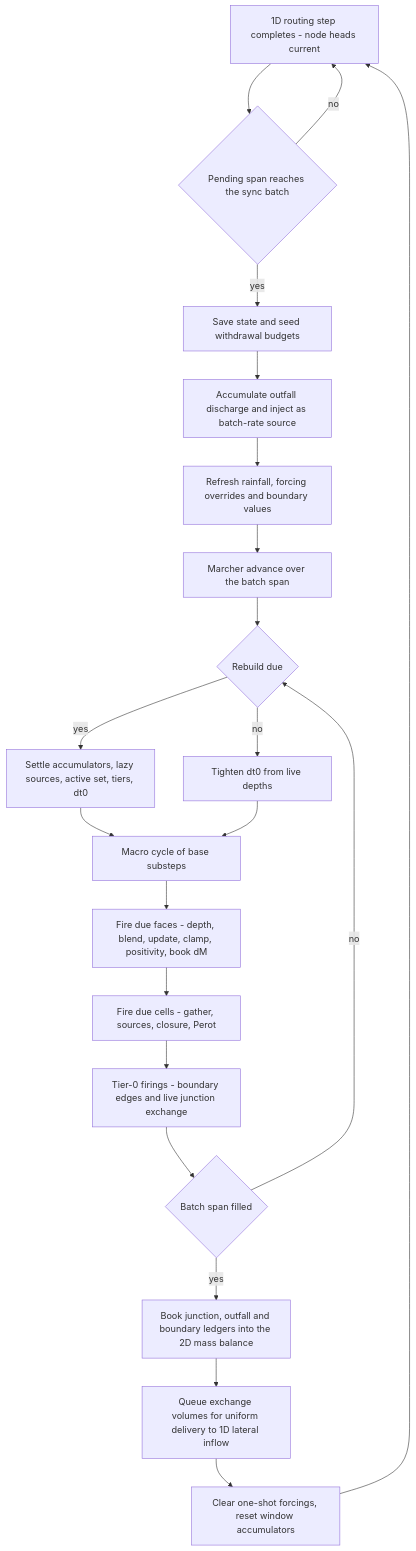
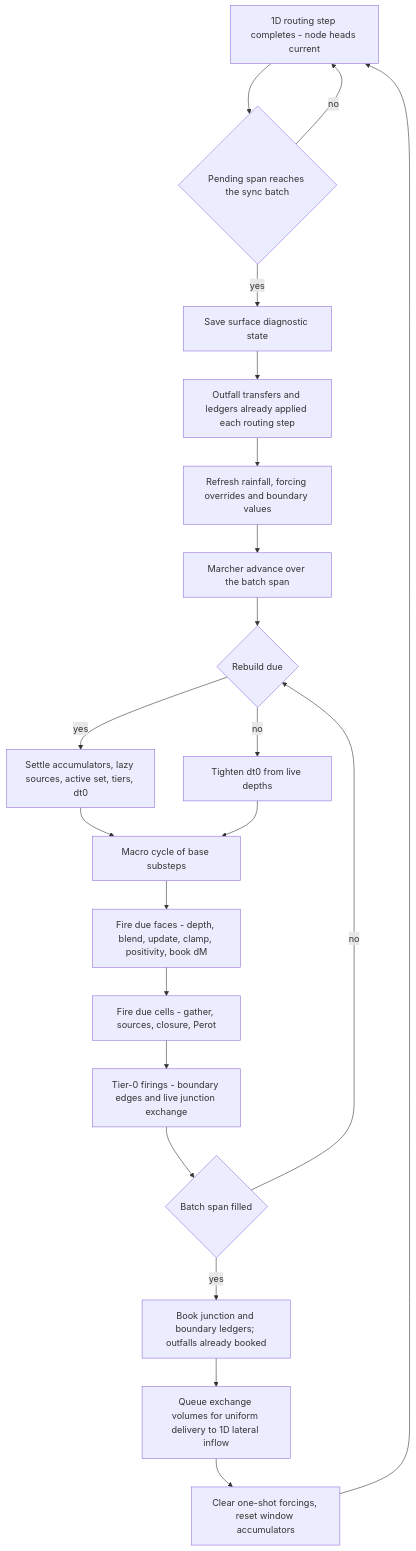
The diagram in docs/manuals/reference/hydraulics/sections/Chapter9-TwoDimensional.md (HydroCouple/openswmm.engine), drawn with Mermaid before and after one commit. The commit also changed other lines of this file and 39 other files, not shown here.

Commit message:
Bound surface outfall exchanges by reserved donor water

```diff
--- a/docs/manuals/reference/hydraulics/sections/Chapter9-TwoDimensional.md
+++ b/docs/manuals/reference/hydraulics/sections/Chapter9-TwoDimensional.md
@@ -1220,23 +1220,23 @@
 <pre class="mermaid">
 flowchart TD
     A[1D routing step completes - node heads current] --> B{Pending span reaches the sync batch}
     B -- no --> A
-    B -- yes --> C[Save state and seed withdrawal budgets]
-    C --> D[Accumulate outfall discharge and inject as batch-rate source]
+    B -- yes --> C[Save surface diagnostic state]
+    C --> D[Outfall transfers and ledgers already applied each routing step]
     D --> E[Refresh rainfall, forcing overrides and boundary values]
     E --> F[Marcher advance over the batch span]
     F --> G{Rebuild due}
     G -- yes --> H[Settle accumulators, lazy sources, active set, tiers, dt0]
     G -- no --> I[Tighten dt0 from live depths]
     H --> J[Macro cycle of base substeps]
     I --> J
     J --> K[Fire due faces - depth, blend, update, clamp, positivity, book dM]
     K --> L[Fire due cells - gather, sources, closure, Perot]
     L --> M[Tier-0 firings - boundary edges and live junction exchange]
     M --> N{Batch span filled}
     N -- no --> G
-    N -- yes --> O[Book junction, outfall and boundary ledgers into the 2D mass balance]
+    N -- yes --> O[Book junction and boundary ledgers; outfalls already booked]
     O --> P[Queue exchange volumes for uniform delivery to 1D lateral inflow]
     P --> Q[Clear one-shot forcings, reset window accumulators]
     Q --> A
 </pre>
```
